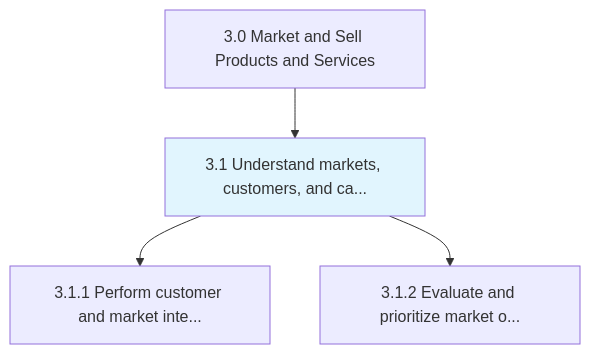
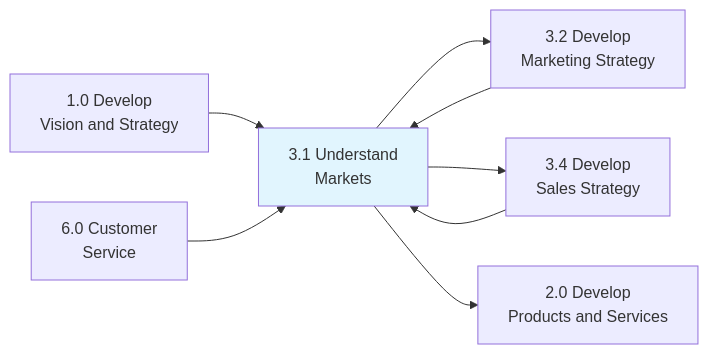
The third of 3 diagrams in processes/03-Sales/3.1-UnderstandMarketsCustomersCapabilities/index.mdx (kziemski/business.org.ai), drawn with Mermaid before and after one commit. The commit also changed other lines of this file and 67 other files, not shown here.

````diff
--- a/processes/03-Sales/3.1-UnderstandMarketsCustomersCapabilities/index.mdx
+++ b/processes/03-Sales/3.1-UnderstandMarketsCustomersCapabilities/index.mdx
@@ -25,8 +292,13 @@
 ```mermaid
-graph TD
-    C3["3.0 Market and Sell Products and Services"]
-    C3 --> N3_1["3.1 Understand markets, customers, and ca..."]
-    style N3_1 fill:#e1f5fe
-    N3_1 --> N3_1_1["3.1.1 Perform customer and market inte..."]
-    N3_1 --> N3_1_2["3.1.2 Evaluate and prioritize market o..."]
+graph LR
+    DVS["1.0 Develop<br/>Vision and Strategy"] --> UMC["3.1 Understand<br/>Markets"]
+    UMC --> DMS["3.2 Develop<br/>Marketing Strategy"]
+    UMC --> DSS["3.4 Develop<br/>Sales Strategy"]
+    UMC --> DPS["2.0 Develop<br/>Products and Services"]
+
+    DMS --> UMC
+    DSS --> UMC
+    CRM["6.0 Customer<br/>Service"] --> UMC
+
+    style UMC fill:#e1f5fe
 ```
````
